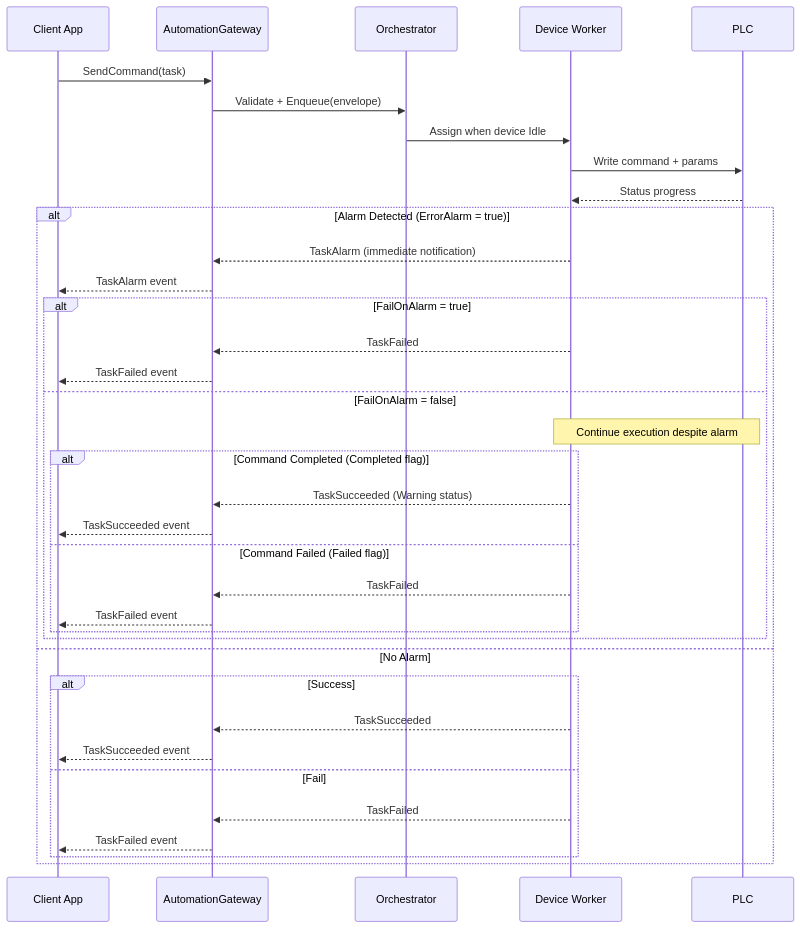
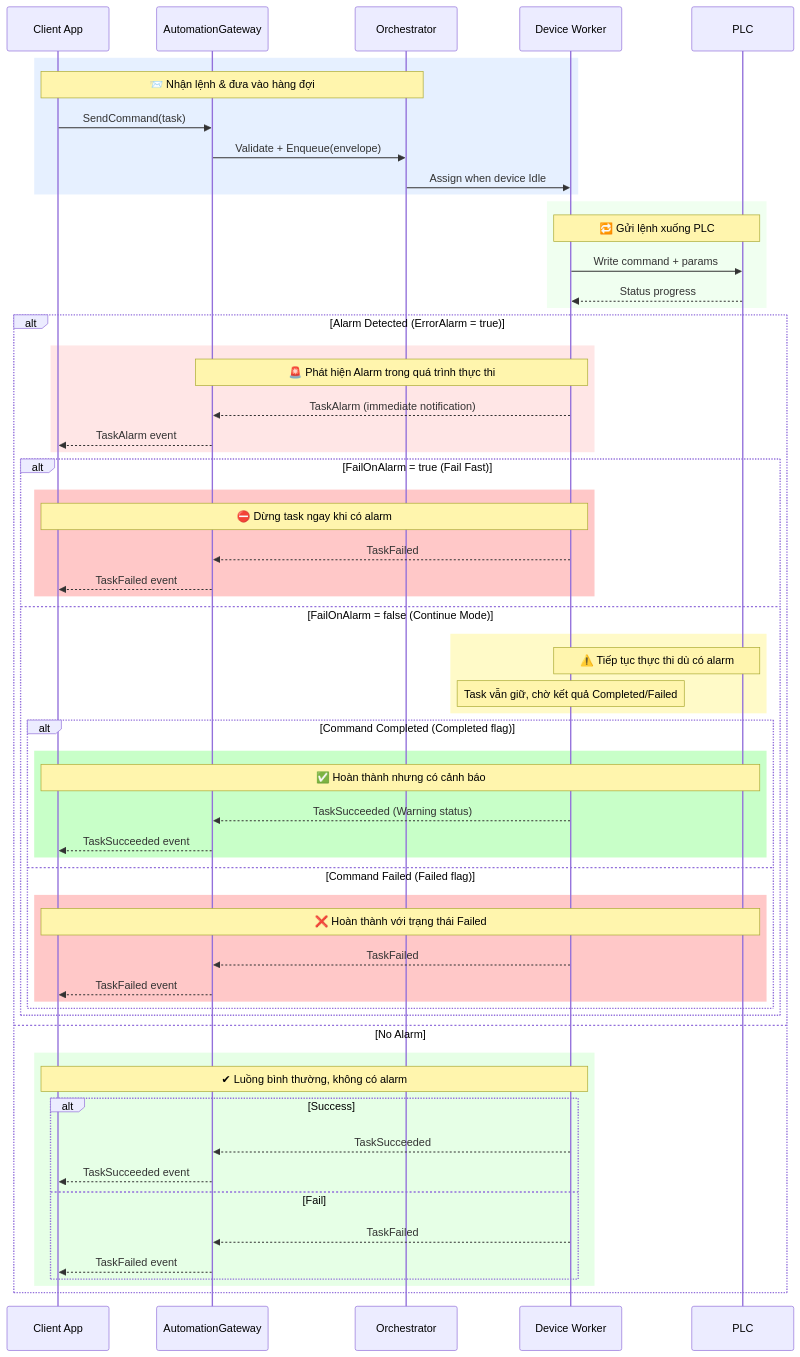
One commit to honhatphi/wcs-conncetor changed the first of 4 diagrams in docs/flows.md. Above: the diagram before and after it, drawn with Mermaid. The commit also changed other lines of this file and 7 other files, not shown here.

First line of the commit message:
refactor: Remove SwitchModeAsync and fix PlcConnectionManager deadlock

````diff
--- a/docs/flows.md
+++ b/docs/flows.md
@@ -27,41 +27,67 @@
 ```mermaid
 sequenceDiagram
-  participant App as Client App
-  participant GW as AutomationGateway
-  participant ORC as Orchestrator
-  participant W as Device Worker
-  participant PLC as PLC
+    participant App as Client App
+    participant GW as AutomationGateway
+    participant ORC as Orchestrator
+    participant W as Device Worker
+    participant PLC as PLC
 
-  App->>GW: SendCommand(task)
-  GW->>ORC: Validate + Enqueue(envelope)
-  ORC->>W: Assign when device Idle
-  W->>PLC: Write command + params
-  PLC-->>W: Status progress
-  
-  alt Alarm Detected (ErrorAlarm = true)
-    W-->>GW: TaskAlarm (immediate notification)
-    GW-->>App: TaskAlarm event
-    
-    alt FailOnAlarm = true
-      W-->>GW: TaskFailed
-      GW-->>App: TaskFailed event
-    else FailOnAlarm = false
-      Note over W,PLC: Continue execution despite alarm
-      alt Command Completed (Completed flag)
-        W-->>GW: TaskSucceeded (Warning status)
-        GW-->>App: TaskSucceeded event
-      else Command Failed (Failed flag)
-        W-->>GW: TaskFailed
-        GW-->>App: TaskFailed event
-      end
+    rect rgb(230, 240, 255)
+        Note over App,ORC: 📨 Nhận lệnh & đưa vào hàng đợi
+        App->>GW: SendCommand(task)
+        GW->>ORC: Validate + Enqueue(envelope)
+        ORC->>W: Assign when device Idle
     end
-  else No Alarm
-    alt Success
-      W-->>GW: TaskSucceeded
-      GW-->>App: TaskSucceeded event
-    else Fail
-      W-->>GW: TaskFailed
-      GW-->>App: TaskFailed event
+
+    rect rgb(240, 255, 240)
+        Note over W,PLC: 🔁 Gửi lệnh xuống PLC
+        W->>PLC: Write command + params
+        PLC-->>W: Status progress
     end
-  end
+
+    alt Alarm Detected (ErrorAlarm = true)
+        rect rgb(255, 230, 230)
+            Note over W,GW: 🚨 Phát hiện Alarm trong quá trình thực thi
+            W-->>GW: TaskAlarm (immediate notification)
+            GW-->>App: TaskAlarm event
+        end
+
+        alt FailOnAlarm = true (Fail Fast)
+            rect rgb(255, 200, 200)
+                Note over W,App: ⛔ Dừng task ngay khi có alarm
+                W-->>GW: TaskFailed
+                GW-->>App: TaskFailed event
+            end
+        else FailOnAlarm = false (Continue Mode)
+            rect rgb(255, 250, 200)
+                Note over W,PLC: ⚠️ Tiếp tục thực thi dù có alarm
+                Note over W: Task vẫn giữ, chờ kết quả Completed/Failed
+            end
+
+            alt Command Completed (Completed flag)
+                rect rgb(200, 255, 200)
+                    Note over PLC,App: ✅ Hoàn thành nhưng có cảnh báo
+                    W-->>GW: TaskSucceeded (Warning status)
+                    GW-->>App: TaskSucceeded event
+                end
+            else Command Failed (Failed flag)
+                rect rgb(255, 200, 200)
+                    Note over PLC,App: ❌ Hoàn thành với trạng thái Failed
+                    W-->>GW: TaskFailed
+                    GW-->>App: TaskFailed event
+                end
+            end
+        end
+    else No Alarm
+        rect rgb(230, 255, 230)
+            Note over W,App: ✔ Luồng bình thường, không có alarm
+            alt Success
+                W-->>GW: TaskSucceeded
+                GW-->>App: TaskSucceeded event
+            else Fail
+                W-->>GW: TaskFailed
+                GW-->>App: TaskFailed event
+            end
+        end
+    end
 ```
````
